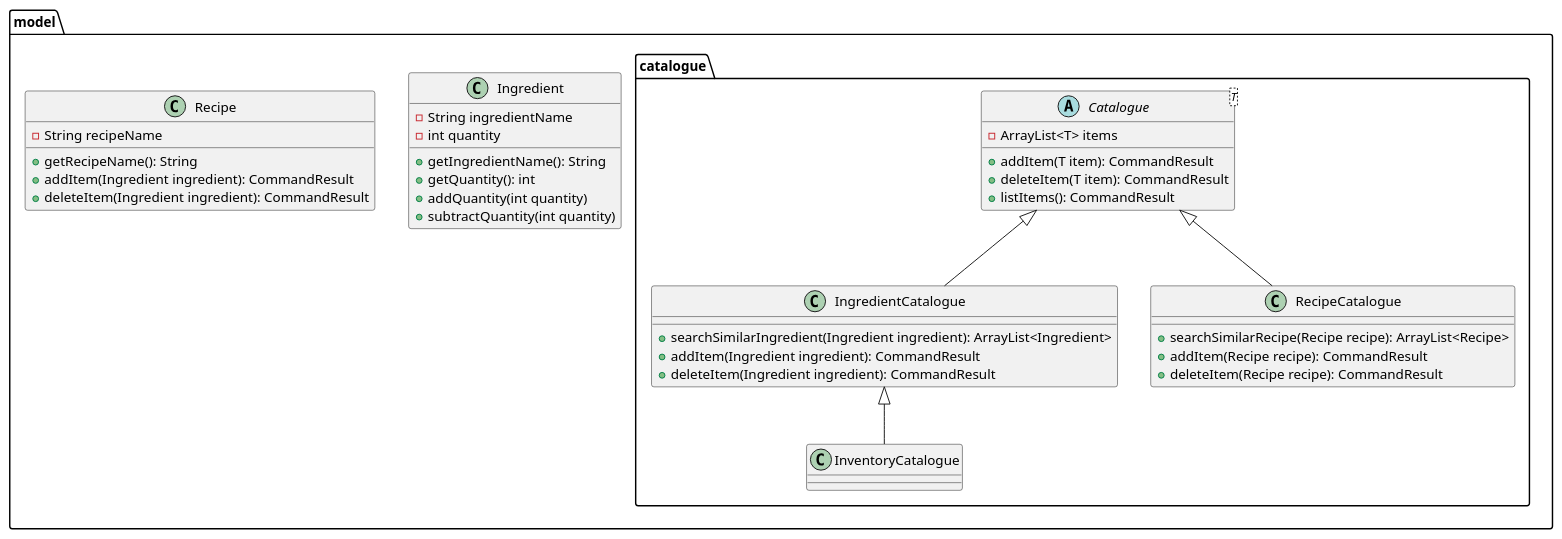
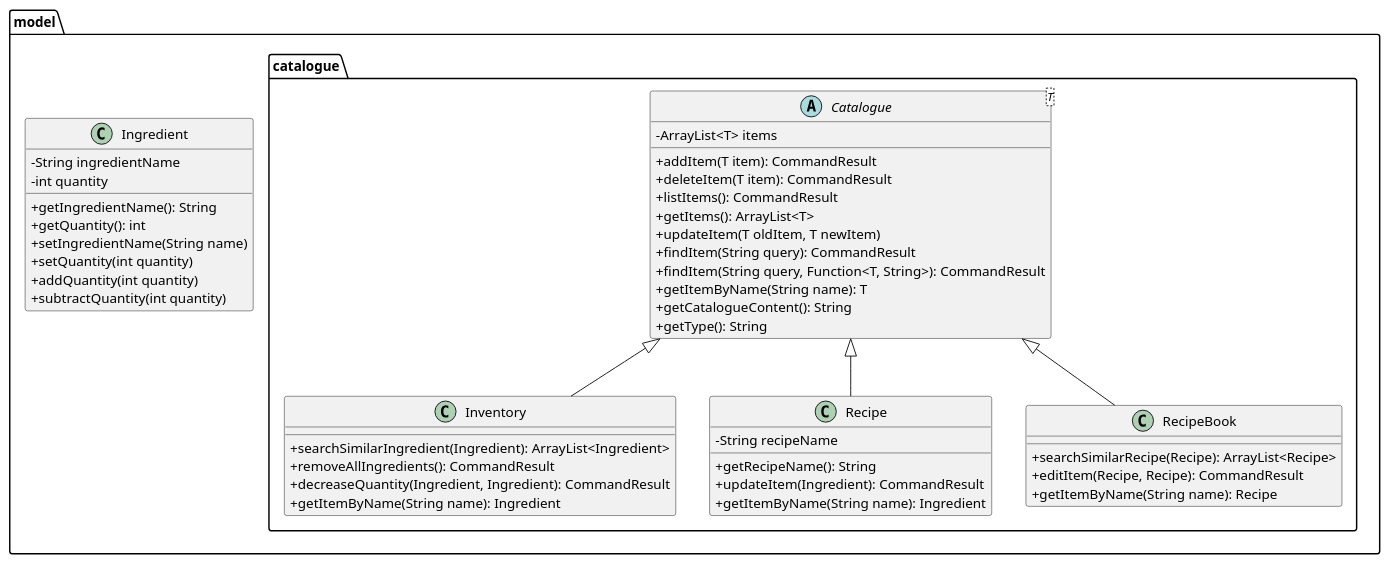
One commit to ChingWhee/tp changed the diagram in docs/diagrams/model.puml. Above: the diagram before and after it, drawn with PlantUML. The commit also changed 2 other files, not shown here.

Commit message:
Updated UML diagrams for model and updated DG

```diff
--- a/docs/diagrams/model.puml
+++ b/docs/diagrams/model.puml
@@ -1,41 +1,56 @@
 @startuml
+skinparam classAttributeIconSize 0
+
 package "model" {
     class Ingredient {
         -String ingredientName
         -int quantity
         +getIngredientName(): String
         +getQuantity(): int
+        +setIngredientName(String name)
+        +setQuantity(int quantity)
         +addQuantity(int quantity)
         +subtractQuantity(int quantity)
-    }
-
-    class Recipe {
-        -String recipeName
-        +getRecipeName(): String
-        +addItem(Ingredient ingredient): CommandResult
-        +deleteItem(Ingredient ingredient): CommandResult
     }
 
     package "catalogue" {
         abstract class Catalogue<T> {
             -ArrayList<T> items
             +addItem(T item): CommandResult
             +deleteItem(T item): CommandResult
             +listItems(): CommandResult
+            +getItems(): ArrayList<T>
+            +updateItem(T oldItem, T newItem)
+            +findItem(String query): CommandResult
+            +findItem(String query, Function<T, String>): CommandResult
+            +getItemByName(String name): T
+            +getCatalogueContent(): String
+            +getType(): String
         }
 
-        class IngredientCatalogue extends Catalogue<Ingredient> {
-            +searchSimilarIngredient(Ingredient ingredient): ArrayList<Ingredient>
-            +addItem(Ingredient ingredient): CommandResult
-            +deleteItem(Ingredient ingredient): CommandResult
+        class Inventory {
+            +searchSimilarIngredient(Ingredient): ArrayList<Ingredient>
+            +removeAllIngredients(): CommandResult
+            +decreaseQuantity(Ingredient, Ingredient): CommandResult
+            +getItemByName(String name): Ingredient
         }
 
-        class InventoryCatalogue extends IngredientCatalogue
-        class RecipeCatalogue extends Catalogue<Recipe> {
-            +searchSimilarRecipe(Recipe recipe): ArrayList<Recipe>
-            +addItem(Recipe recipe): CommandResult
-            +deleteItem(Recipe recipe): CommandResult
+        class Recipe {
+            -String recipeName
+            +getRecipeName(): String
+            +updateItem(Ingredient): CommandResult
+            +getItemByName(String name): Ingredient
         }
+
+        class RecipeBook {
+            +searchSimilarRecipe(Recipe): ArrayList<Recipe>
+            +editItem(Recipe, Recipe): CommandResult
+            +getItemByName(String name): Recipe
+        }
+
+        Catalogue <|-- Inventory
+        Catalogue <|-- Recipe
+        Catalogue <|-- RecipeBook
     }
 }
 @enduml
```
